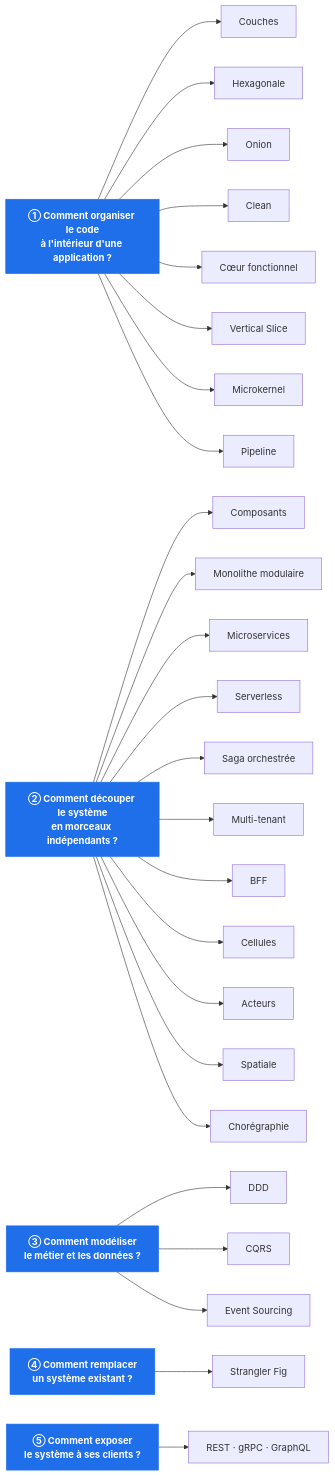
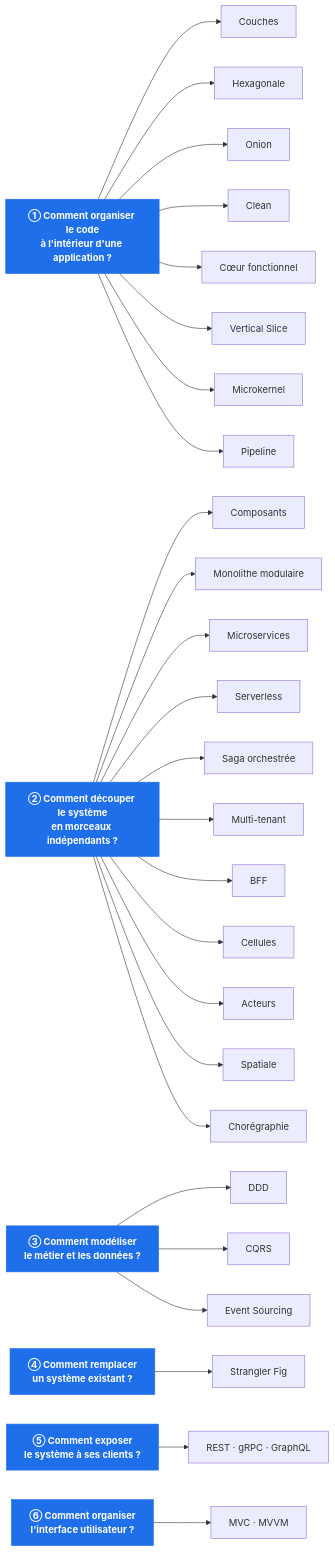
The first of 4 diagrams in Docs/README.md (drangoht/ArchitecturesDemo), drawn with Mermaid before and after one commit. The commit also changed other lines of this file and 46 other files, not shown here.

First line of the commit message:
Ajoute la démo MVC et MVVM (patterns de présentation)

````diff
--- a/Docs/README.md
+++ b/Docs/README.md
@@ -52,40 +54,43 @@
 ```mermaid
 flowchart LR
     Q1["<b>① Comment organiser le code<br/>à l'intérieur d'une application ?</b>"]
     Q2["<b>② Comment découper le système<br/>en morceaux indépendants ?</b>"]
     Q3["<b>③ Comment modéliser<br/>le métier et les données ?</b>"]
     Q4["<b>④ Comment remplacer<br/>un système existant ?</b>"]
     Q5["<b>⑤ Comment exposer<br/>le système à ses clients ?</b>"]
+    Q6["<b>⑥ Comment organiser<br/>l'interface utilisateur ?</b>"]
 
     Q1 --> C0["Couches"]
     Q1 --> C1["Hexagonale"]
     Q1 --> C2["Onion"]
     Q1 --> C3["Clean"]
     Q1 --> C4["Cœur fonctionnel"]
     Q1 --> C5["Vertical Slice"]
     Q1 --> C13["Microkernel"]
     Q1 --> C20["Pipeline"]
 
     Q2 --> D6["Composants"]
     Q2 --> D7["Monolithe modulaire"]
     Q2 --> D8["Microservices"]
     Q2 --> D12["Serverless"]
     Q2 --> D14["Saga orchestrée"]
     Q2 --> D15["Multi-tenant"]
     Q2 --> D16["BFF"]
     Q2 --> D17["Cellules"]
     Q2 --> D18["Acteurs"]
     Q2 --> D19["Spatiale"]
     Q2 --> D21["Chorégraphie"]
 
     Q3 --> M11["DDD"]
     Q3 --> M9["CQRS"]
     Q3 --> M10["Event Sourcing"]
 
     Q4 --> S22["Strangler Fig"]
 
     Q5 --> E23["REST · gRPC · GraphQL"]
 
+    Q6 --> P24["MVC · MVVM"]
+
     classDef q fill:#1f6feb,color:#fff,stroke:#1f6feb
-    class Q1,Q2,Q3,Q4,Q5 q
+    class Q1,Q2,Q3,Q4,Q5,Q6 q
 ```
````
